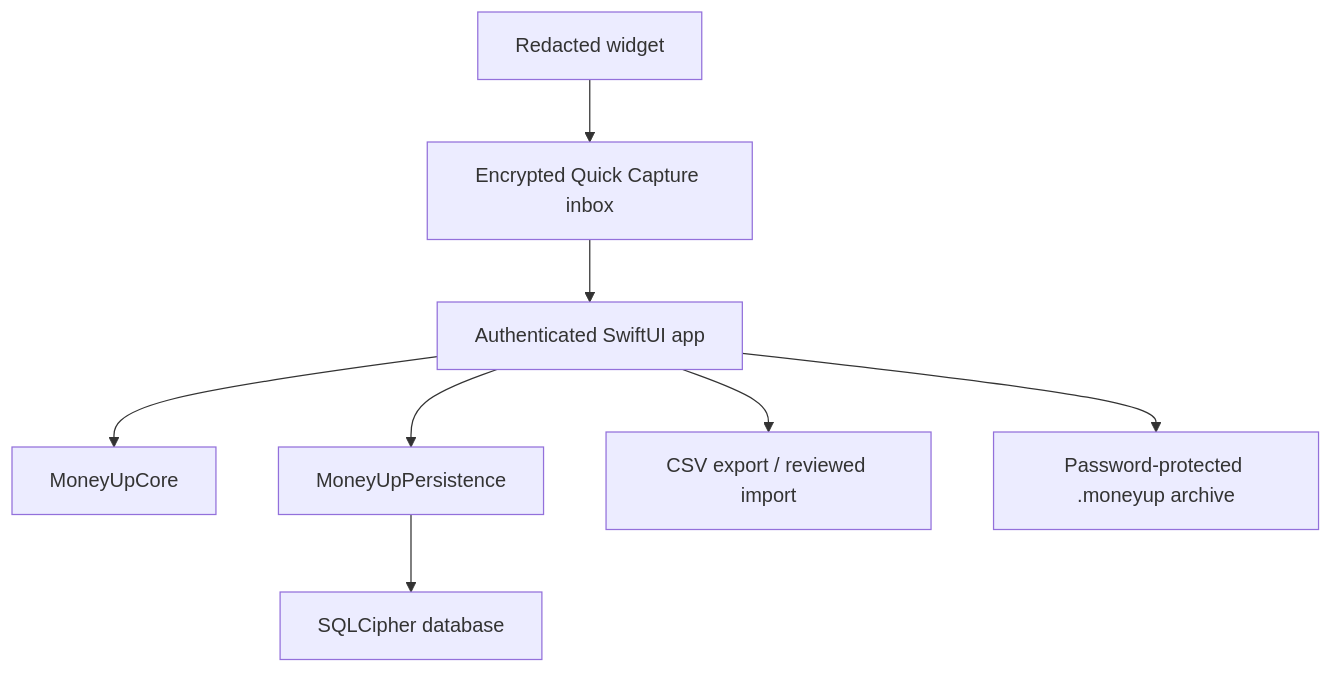
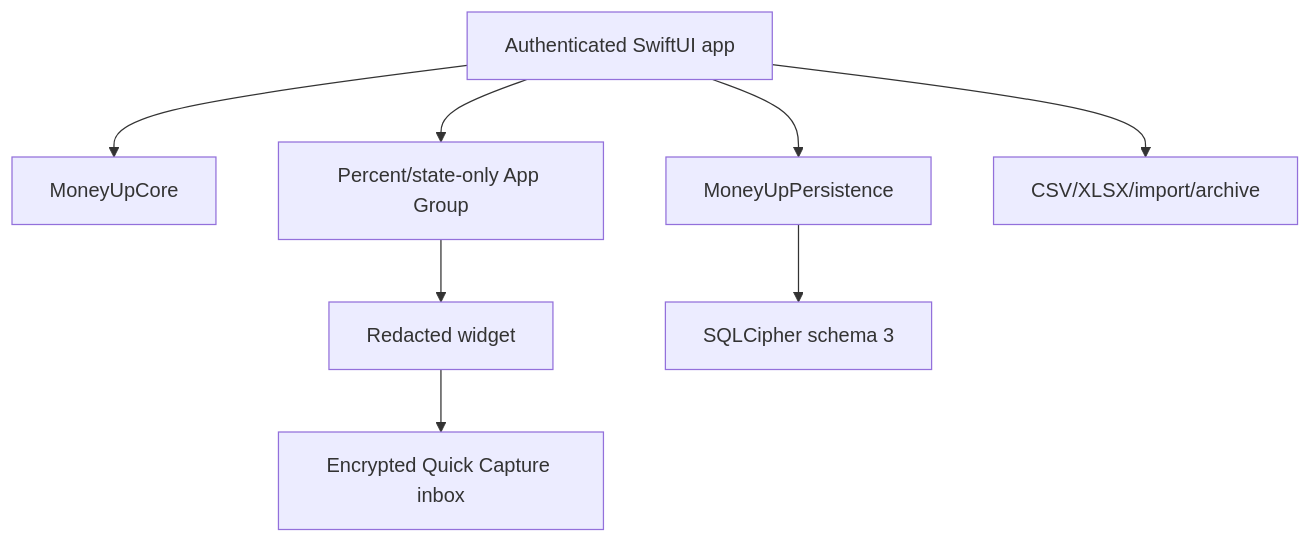
One commit to LaiWenKang/MoneyUp changed the diagram in docs/ARCHITECTURE.md. Above: the diagram before and after it, drawn with Mermaid. The commit also changed other lines of this file and 107 other files, not shown here.

````diff
--- a/docs/ARCHITECTURE.md
+++ b/docs/ARCHITECTURE.md
@@ -5,10 +5,10 @@
 ```mermaid
 flowchart TD
     Widget["Redacted widget"] --> Capture["Encrypted Quick Capture inbox"]
-    Capture --> App["Authenticated SwiftUI app"]
-    App --> Core["MoneyUpCore"]
+    App["Authenticated SwiftUI app"] --> Core["MoneyUpCore"]
     App --> Store["MoneyUpPersistence"]
-    Store --> Cipher["SQLCipher database"]
-    App --> Export["CSV export / reviewed import"]
-    App --> Archive["Password-protected .moneyup archive"]
+    Store --> Cipher["SQLCipher schema 3"]
+    App --> Shared["Percent/state-only App Group"]
+    Shared --> Widget
+    App --> Files["CSV/XLSX/import/archive"]
 ```
````
